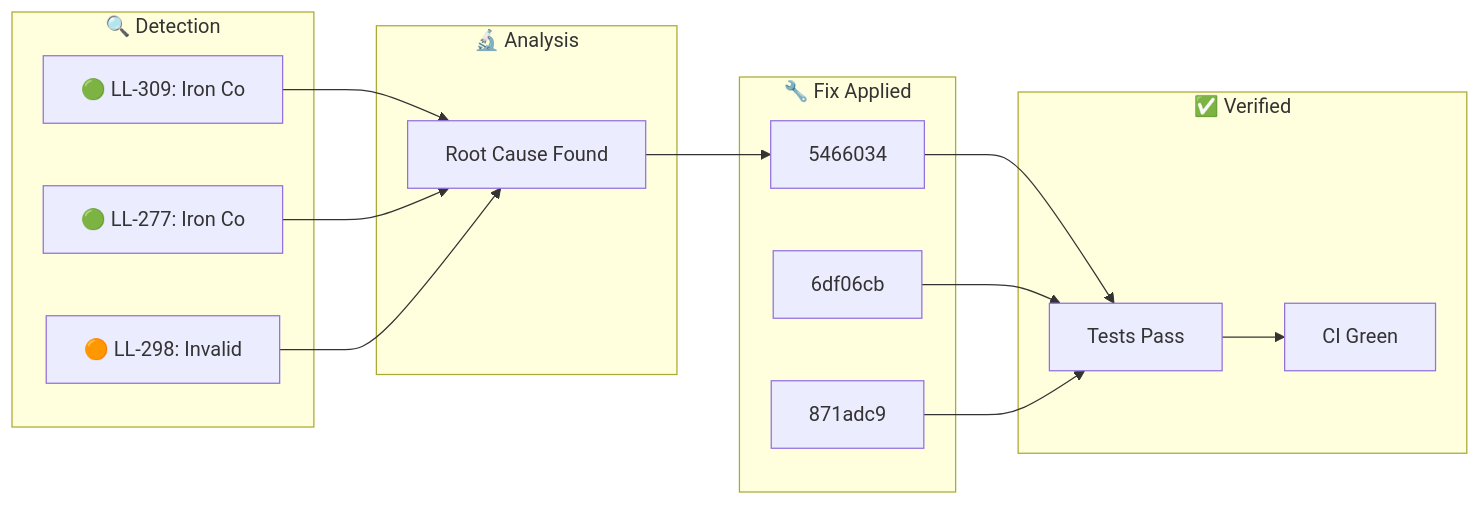
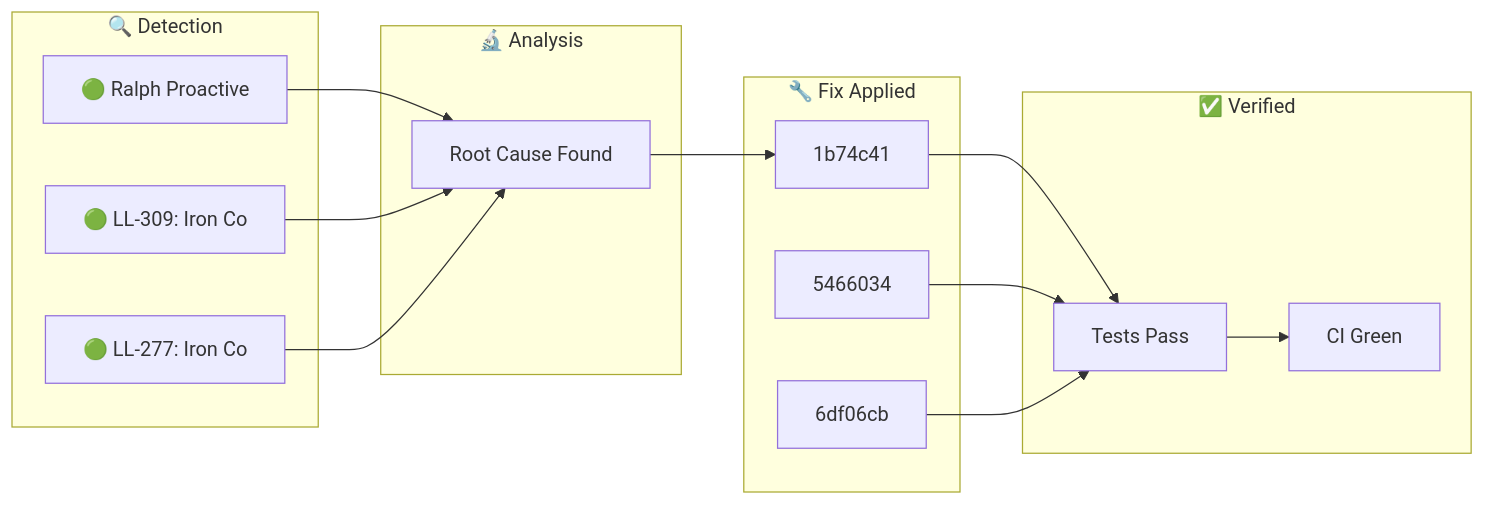
The diagram in docs/_posts/2026-01-29-ralph-discovery.md (YoByron/trading), drawn with Mermaid before and after one commit. The commit also changed other lines of this file, not shown here.

Commit message:
docs(ralph): Auto-publish discovery blog post

````diff
--- a/docs/_posts/2026-01-29-ralph-discovery.md
+++ b/docs/_posts/2026-01-29-ralph-discovery.md
@@ -17,28 +17,28 @@
 ```mermaid
 flowchart LR
     subgraph Detection["🔍 Detection"]
-        D1["🟢 LL-309: Iron Co"]
-        D2["🟢 LL-277: Iron Co"]
-        D3["🟠 LL-298: Invalid"]
+        D1["🟢 Ralph Proactive"]
+        D2["🟢 LL-309: Iron Co"]
+        D3["🟢 LL-277: Iron Co"]
     end
     subgraph Analysis["🔬 Analysis"]
         A1["Root Cause Found"]
     end
     subgraph Fix["🔧 Fix Applied"]
-        F1["5466034"]
-        F2["6df06cb"]
-        F3["871adc9"]
+        F1["1b74c41"]
+        F2["5466034"]
+        F3["6df06cb"]
     end
     subgraph Verify["✅ Verified"]
         V1["Tests Pass"]
         V2["CI Green"]
     end
     D1 --> A1
     D2 --> A1
     D3 --> A1
     A1 --> F1
     F1 --> V1
     F2 --> V1
     F3 --> V1
     V1 --> V2
 ```
````
